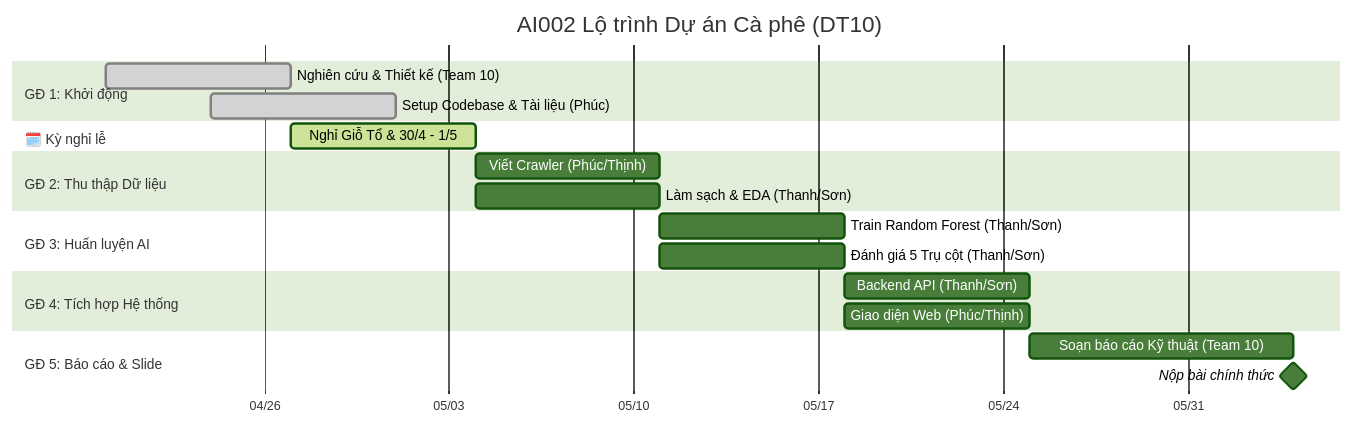
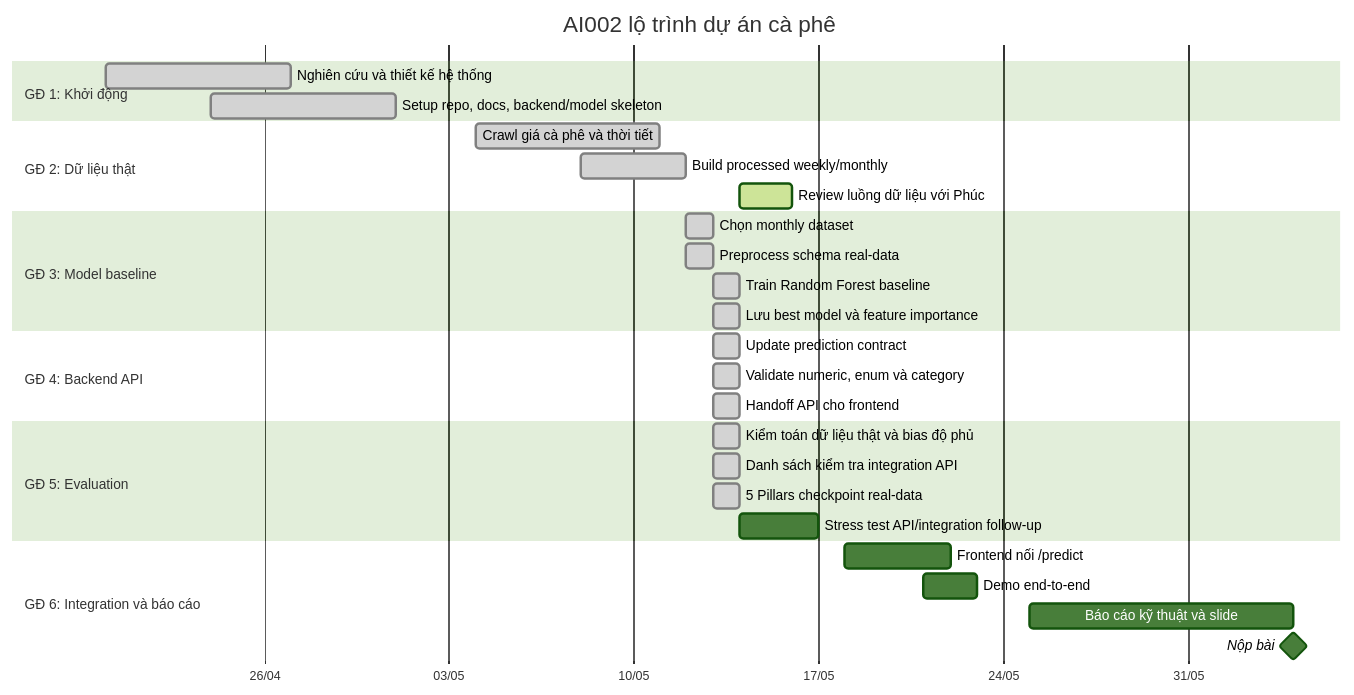
The third of 8 diagrams in docs/project-roadmap.md (uit-25730067-chithanh/AI002-Team22-DT10), drawn with Mermaid (forest theme) before and after one commit. The commit also changed other lines of this file and 15 other files, not shown here.

First line of the commit message:
Docs: Update project documentation and add team data flow roadmap (#11)

````diff
--- a/docs/project-roadmap.md
+++ b/docs/project-roadmap.md
@@ -7,30 +60,39 @@
 ```mermaid
 gantt
-    title AI002 Lộ trình Dự án Cà phê (DT10)
+    title AI002 lộ trình dự án cà phê
     dateFormat  YYYY-MM-DD
     tickInterval 1w
-    axisFormat  %m/%d
+    axisFormat  %d/%m
 
     section GĐ 1: Khởi động
-    Nghiên cứu & Thiết kế (Team 10)    :done, des1, 2026-04-20, 7d
-    Setup Codebase & Tài liệu (Phúc)   :done, des2, 2026-04-24, 7d
+    Nghiên cứu và thiết kế hệ thống          :done, a1, 2026-04-20, 7d
+    Setup repo, docs, backend/model skeleton :done, a2, 2026-04-24, 7d
 
-    section 🗓️ Kỳ nghỉ lễ
-    Nghỉ Giỗ Tổ & 30/4 - 1/5           :active, holiday, 2026-04-27, 7d
+    section GĐ 2: Dữ liệu thật
+    Crawl giá cà phê và thời tiết            :done, b1, 2026-05-04, 7d
+    Build processed weekly/monthly           :done, b2, 2026-05-08, 4d
+    Review luồng dữ liệu với Phúc            :active, b3, 2026-05-14, 2d
 
-    section GĐ 2: Thu thập Dữ liệu
-    Viết Crawler (Phúc/Thịnh)        :des3, 2026-05-04, 7d
-    Làm sạch & EDA (Thanh/Sơn)       :des4, 2026-05-04, 7d
+    section GĐ 3: Model baseline
+    Chọn monthly dataset                     :done, c1, 2026-05-12, 1d
+    Preprocess schema real-data              :done, c2, 2026-05-12, 1d
+    Train Random Forest baseline             :done, c3, 2026-05-13, 1d
+    Lưu best model và feature importance     :done, c4, 2026-05-13, 1d
 
-    section GĐ 3: Huấn luyện AI
-    Train Random Forest (Thanh/Sơn)  :des5, 2026-05-11, 7d
-    Đánh giá 5 Trụ cột (Thanh/Sơn)   :des6, 2026-05-11, 7d
+    section GĐ 4: Backend API
+    Update prediction contract               :done, d1, 2026-05-13, 1d
+    Validate numeric, enum và category       :done, d2, 2026-05-13, 1d
+    Handoff API cho frontend                 :done, d3, 2026-05-13, 1d
 
-    section GĐ 4: Tích hợp Hệ thống
-    Backend API (Thanh/Sơn)          :des7, 2026-05-18, 7d
-    Giao diện Web (Phúc/Thịnh)       :des8, 2026-05-18, 7d
+    section GĐ 5: Evaluation
+    Kiểm toán dữ liệu thật và bias độ phủ         :done, e0, 2026-05-13, 1d
+    Danh sách kiểm tra integration API             :done, e1, 2026-05-13, 1d
+    5 Pillars checkpoint real-data           :done, e2, 2026-05-13, 1d
+    Stress test API/integration follow-up    :e3, 2026-05-14, 3d
 
-    section GĐ 5: Báo cáo & Slide
-    Soạn báo cáo Kỹ thuật (Team 10)  :des9, 2026-05-25, 10d
-    Nộp bài chính thức               :milestone, des10, 2026-06-04, 0d
+    section GĐ 6: Integration và báo cáo
+    Frontend nối /predict                    :f1, 2026-05-18, 4d
+    Demo end-to-end                          :f2, 2026-05-21, 2d
+    Báo cáo kỹ thuật và slide                :f3, 2026-05-25, 10d
+    Nộp bài                                  :milestone, f4, 2026-06-04, 0d
 ```
````
